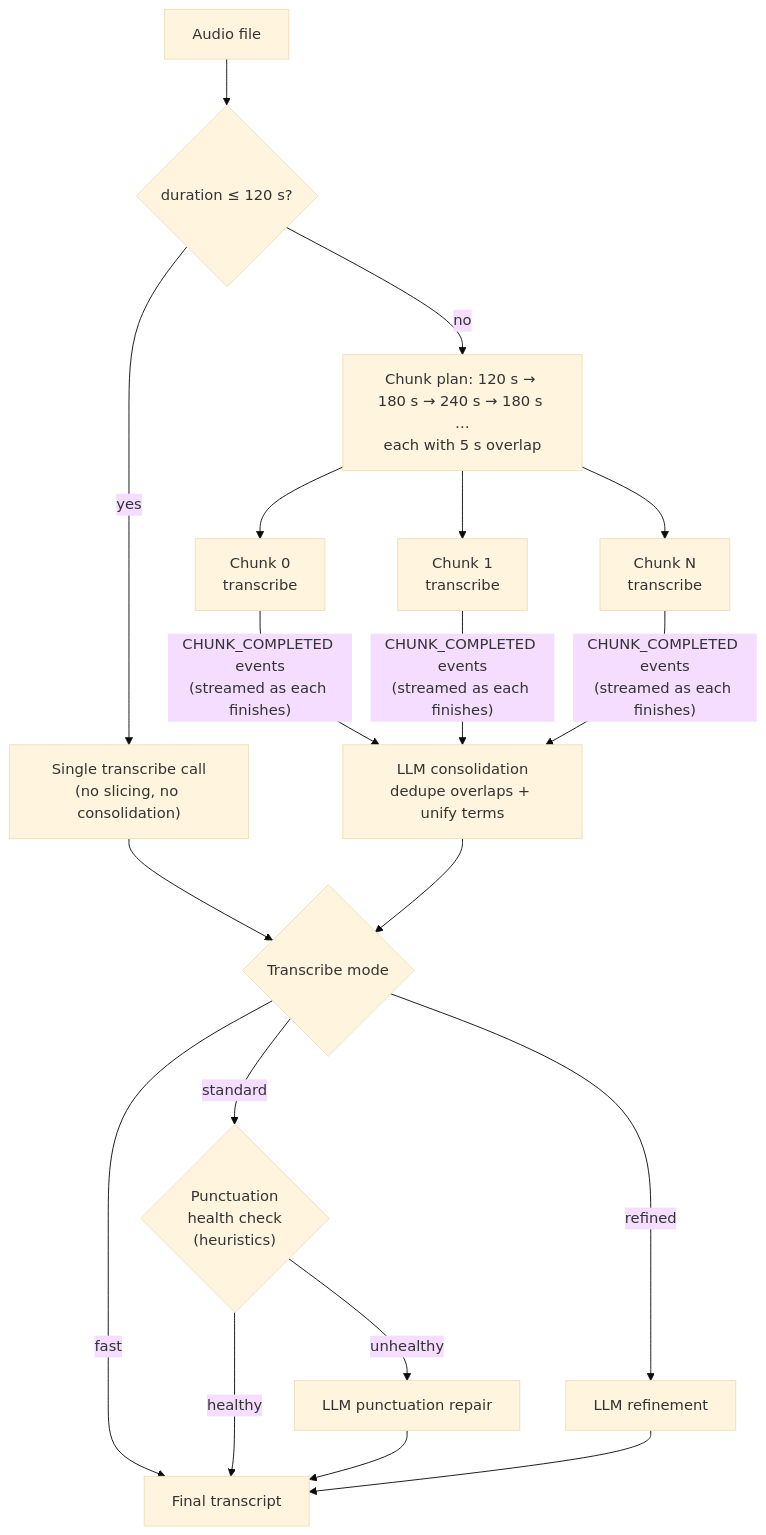
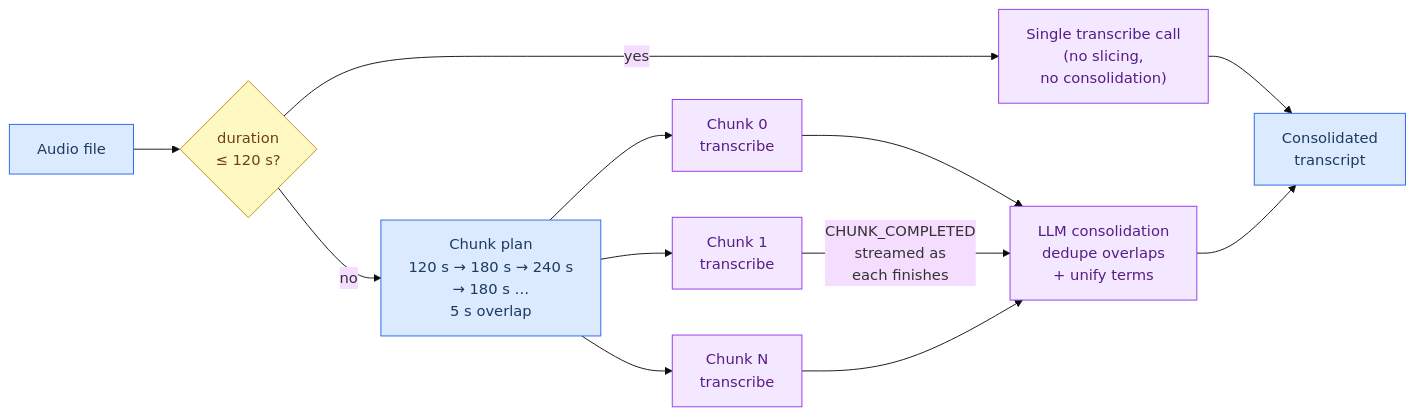
One commit to wei-yiting/jin-t-backend changed the second of 3 diagrams in README.md. Above: the diagram before and after it, drawn with Mermaid (base theme). The commit also changed other lines of this file, not shown here.

Commit message:
docs: color-code README diagrams by function and rebalance layout

````diff
--- a/README.md
+++ b/README.md
@@ -66,15 +85,21 @@
 ```mermaid
-flowchart TB
-    A[Audio file] --> D{duration ≤ 120 s?}
-    D -- yes --> S1["Single transcribe call<br/>(no slicing, no consolidation)"]
-    D -- no --> CH["Chunk plan: 120 s → 180 s → 240 s → 180 s …<br/>each with 5 s overlap"]
+flowchart LR
+    A[Audio file] --> D{"duration<br/>≤ 120 s?"}
+    D -- "yes" --> S1["Single transcribe call<br/>(no slicing,<br/>no consolidation)"]
+    D -- "no" --> CH["Chunk plan<br/>120 s → 180 s → 240 s<br/>→ 180 s …<br/>5 s overlap"]
     CH --> T1["Chunk 0<br/>transcribe"] & T2["Chunk 1<br/>transcribe"] & T3["Chunk N<br/>transcribe"]
-    T1 & T2 & T3 -- "CHUNK_COMPLETED events<br/>(streamed as each finishes)" --> G["LLM consolidation<br/>dedupe overlaps + unify terms"]
-    S1 --> M
-    G --> M{Transcribe mode}
-    M -- fast --> OUT[Final transcript]
-    M -- standard --> PG{"Punctuation<br/>health check<br/>(heuristics)"}
-    PG -- healthy --> OUT
-    PG -- unhealthy --> FIX["LLM punctuation repair"] --> OUT
-    M -- refined --> REF["LLM refinement"] --> OUT
+    T1 --> G["LLM consolidation<br/>dedupe overlaps<br/>+ unify terms"]
+    T2 -- "CHUNK_COMPLETED<br/>streamed as<br/>each finishes" --> G
+    T3 --> G
+
+    S1 --> CT["Consolidated<br/>transcript"]
+    G --> CT
+
+    classDef code fill:#dbeafe,stroke:#2563eb,color:#1e3a5f
+    classDef llm fill:#f3e8ff,stroke:#9333ea,color:#581c87
+    classDef gate fill:#fef9c3,stroke:#ca8a04,color:#713f12
+    classDef final fill:#dcfce7,stroke:#16a34a,color:#14532d
+    class A,CH,CT code
+    class S1,T1,T2,T3,G llm
+    class D gate
 ```
````
